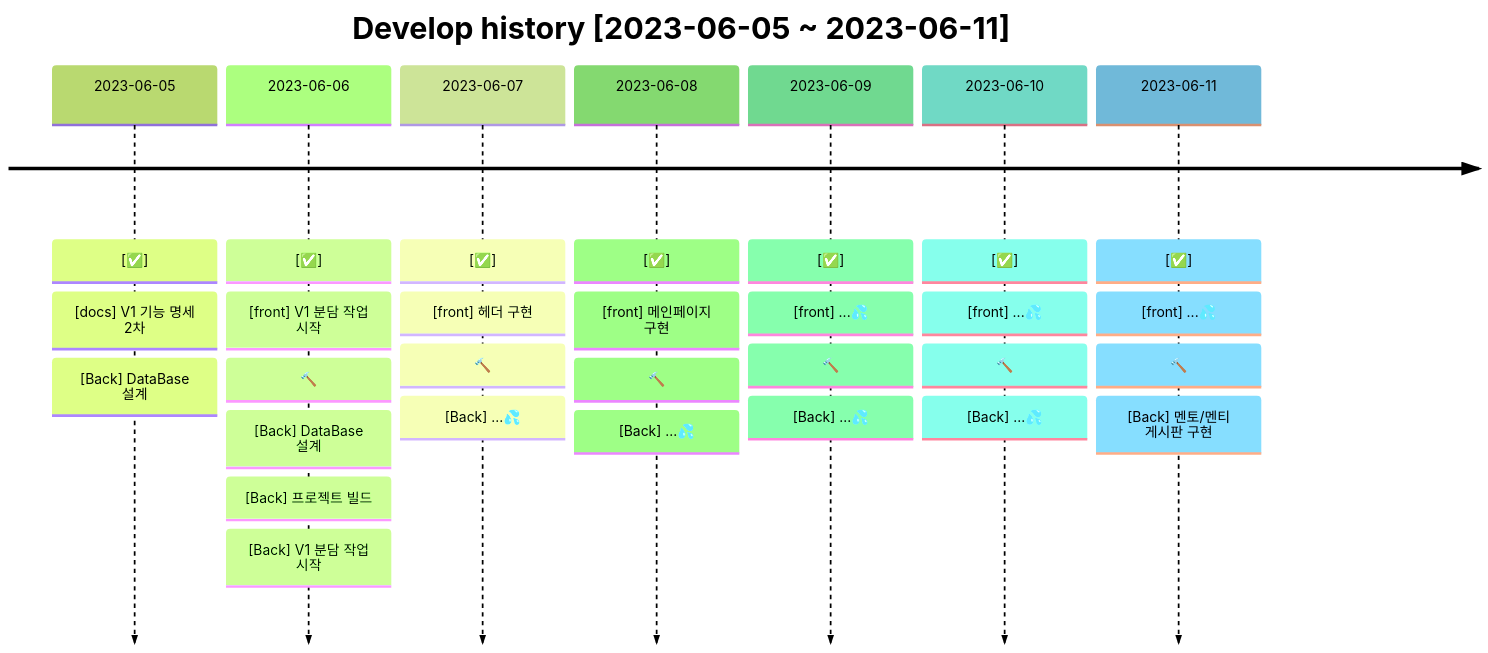
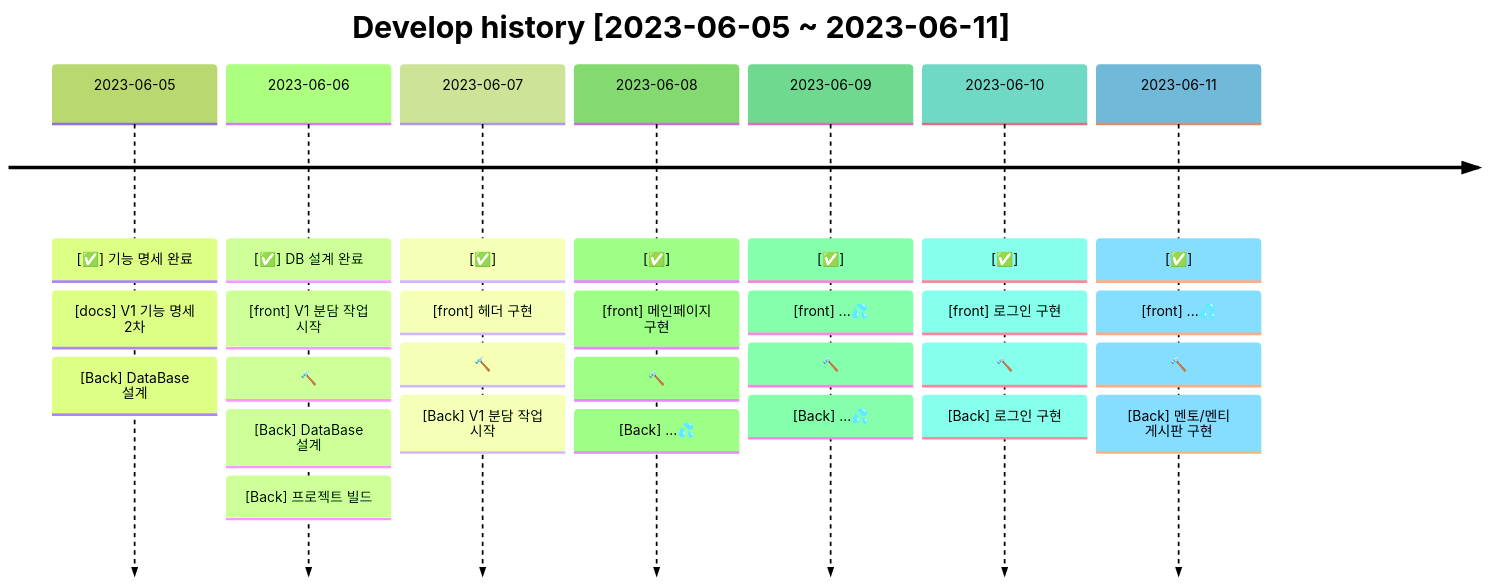
One commit to Hazel0c0/ddamddam-club-org changed the second of 6 diagrams in docs/README.md. Above: the diagram before and after it, drawn with Mermaid (forest theme). The commit also changed other lines of this file and 1 other file, not shown here.

````diff
--- a/docs/README.md
+++ b/docs/README.md
@@ -78,33 +121,32 @@
 ```mermaid
 timeline
     title Develop history [2023-06-05 ~ 2023-06-11]
-    2023-06-05: [✅]
+    2023-06-05: [✅] 기능 명세 완료
             : [docs] V1 기능 명세 2차
             : [Back] DataBase 설계
-    2023-06-06: [✅]
+    2023-06-06: [✅] DB 설계 완료
             : [front] V1 분담 작업 시작
             : 🔨
             : [Back] DataBase 설계
             : [Back] 프로젝트 빌드
-            : [Back] V1 분담 작업 시작
     2023-06-07: [✅]
             : [front] 헤더 구현
             : 🔨
-            : [Back] ...💦
+            : [Back] V1 분담 작업 시작
     2023-06-08: [✅]
             : [front] 메인페이지 구현
             : 🔨
             : [Back] ...💦
     2023-06-09: [✅]
             : [front] ...💦
             : 🔨
             : [Back] ...💦
     2023-06-10: [✅]
-            : [front] ...💦
+            : [front] 로그인 구현
             : 🔨
-            : [Back] ...💦
+            : [Back] 로그인 구현
     2023-06-11: [✅]
             : [front] ...💦
             : 🔨
             : [Back] 멘토/멘티 게시판 구현
 ```
````
